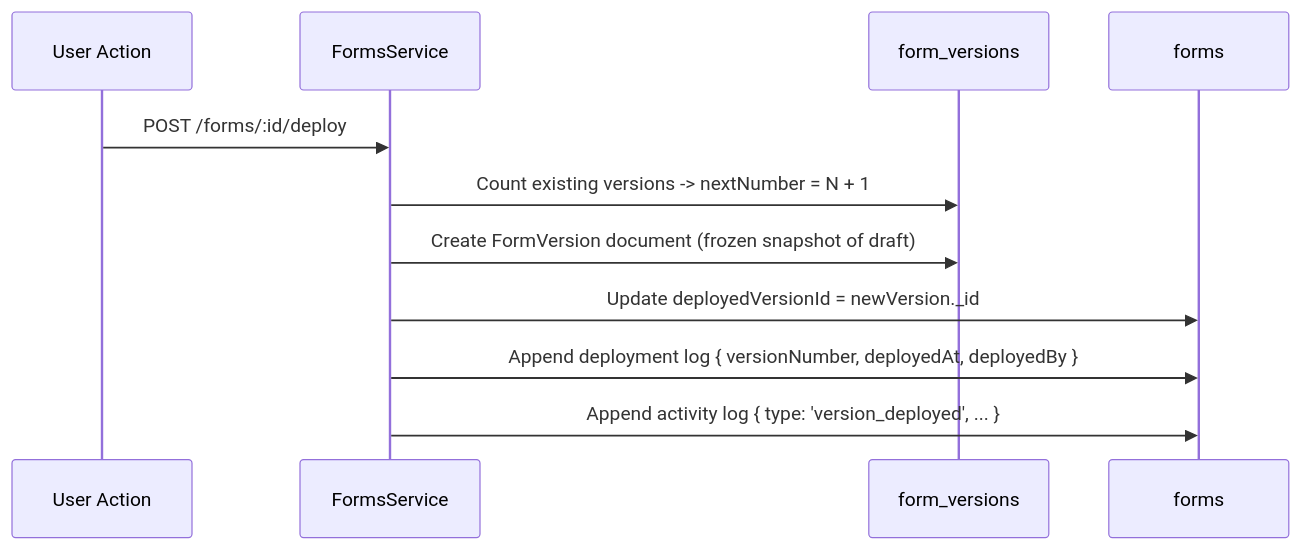
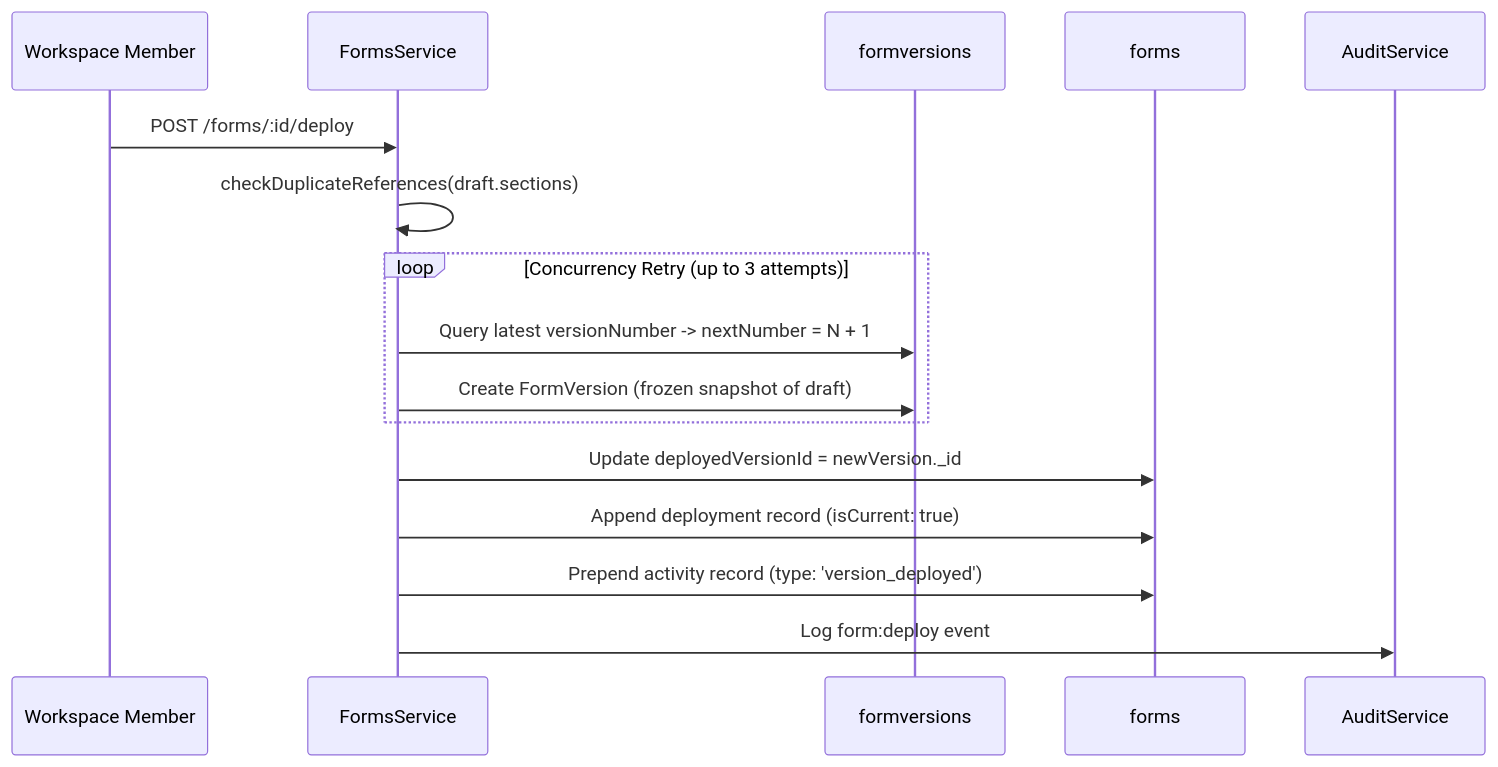
Before and after one commit to jasim-sct/machine-test: the diagram in docs/domains/form-deployment-versioning.md, drawn with Mermaid. The commit also changed other lines of this file and 111 other files, not shown here.

````diff
--- a/docs/domains/form-deployment-versioning.md
+++ b/docs/domains/form-deployment-versioning.md
@@ -11,14 +11,18 @@
 ```mermaid
 sequenceDiagram
-    participant User as User Action
+    participant User as Workspace Member
     participant Service as FormsService
-    participant VCollection as form_versions
+    participant VCollection as formversions
     participant FCollection as forms
 
     User->>Service: POST /forms/:id/deploy
-    Service->>VCollection: Count existing versions -> nextNumber = N + 1
-    Service->>VCollection: Create FormVersion document (frozen snapshot of draft)
+    Service->>Service: checkDuplicateReferences(draft.sections)
+    loop Concurrency Retry (up to 3 attempts)
+        Service->>VCollection: Query latest versionNumber -> nextNumber = N + 1
+        Service->>VCollection: Create FormVersion (frozen snapshot of draft)
+    end
     Service->>FCollection: Update deployedVersionId = newVersion._id
-    Service->>FCollection: Append deployment log { versionNumber, deployedAt, deployedBy }
-    Service->>FCollection: Append activity log { type: 'version_deployed', ... }
+    Service->>FCollection: Append deployment record (isCurrent: true)
+    Service->>FCollection: Prepend activity record (type: 'version_deployed')
+    Service->>AuditService: Log form:deploy event
 ```
````
